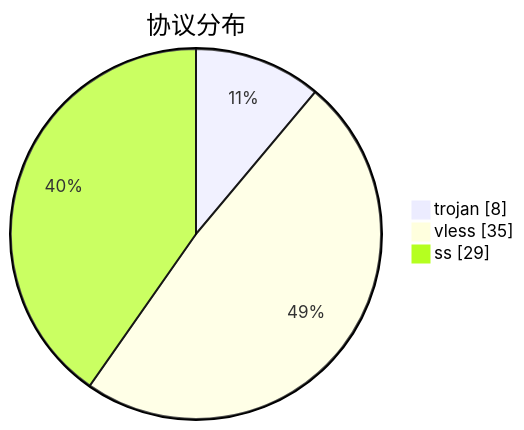
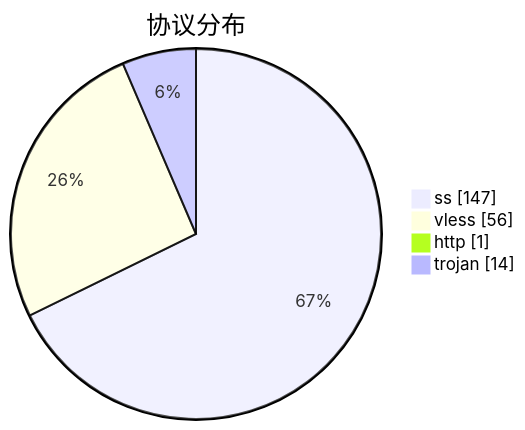
Before and after one commit to qjlxg/airport: the third of 3 diagrams in subs/statistics/tested_within.md, drawn with Mermaid. The commit also changed other lines of this file and 2 other files, not shown here.

````diff
--- a/subs/statistics/tested_within.md
+++ b/subs/statistics/tested_within.md
@@ -17,7 +18,8 @@
 ```mermaid
 pie showData
 title 协议分布
-"trojan" : 8
-"vless" : 35
-"ss" : 29
+"ss" : 147
+"vless" : 56
+"http" : 1
+"trojan" : 14
 ```
````
